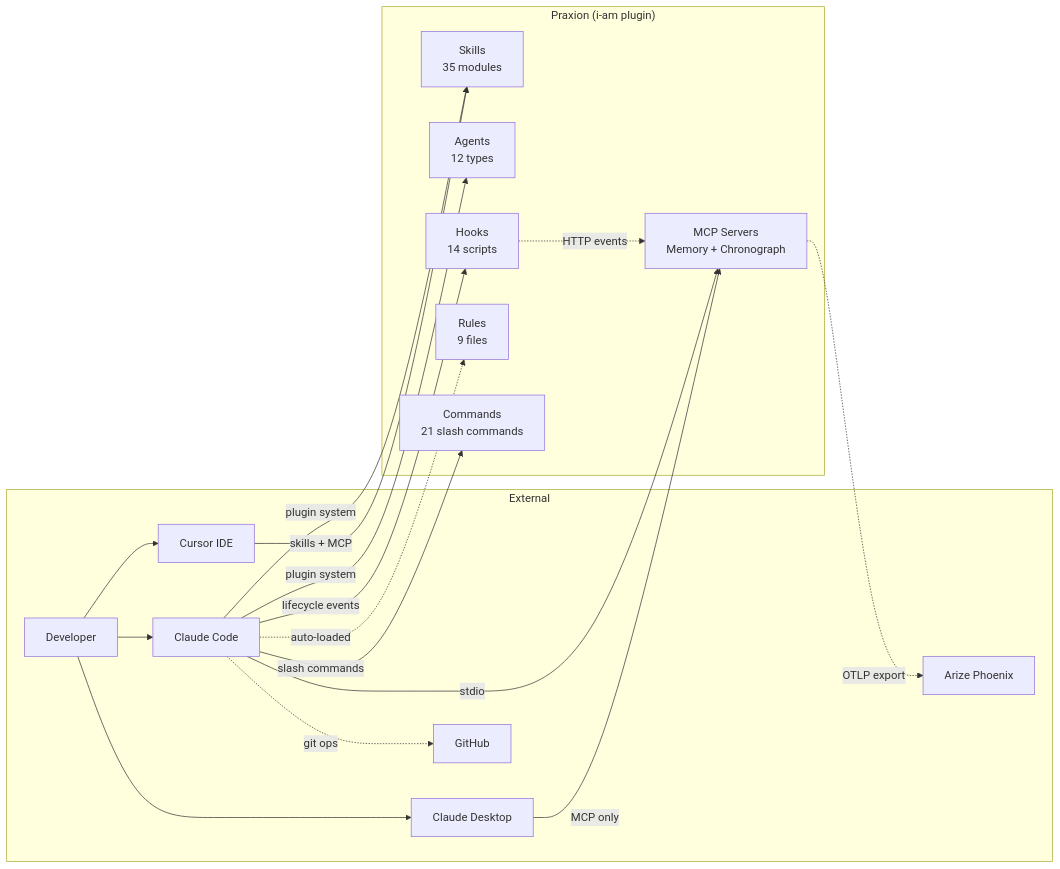
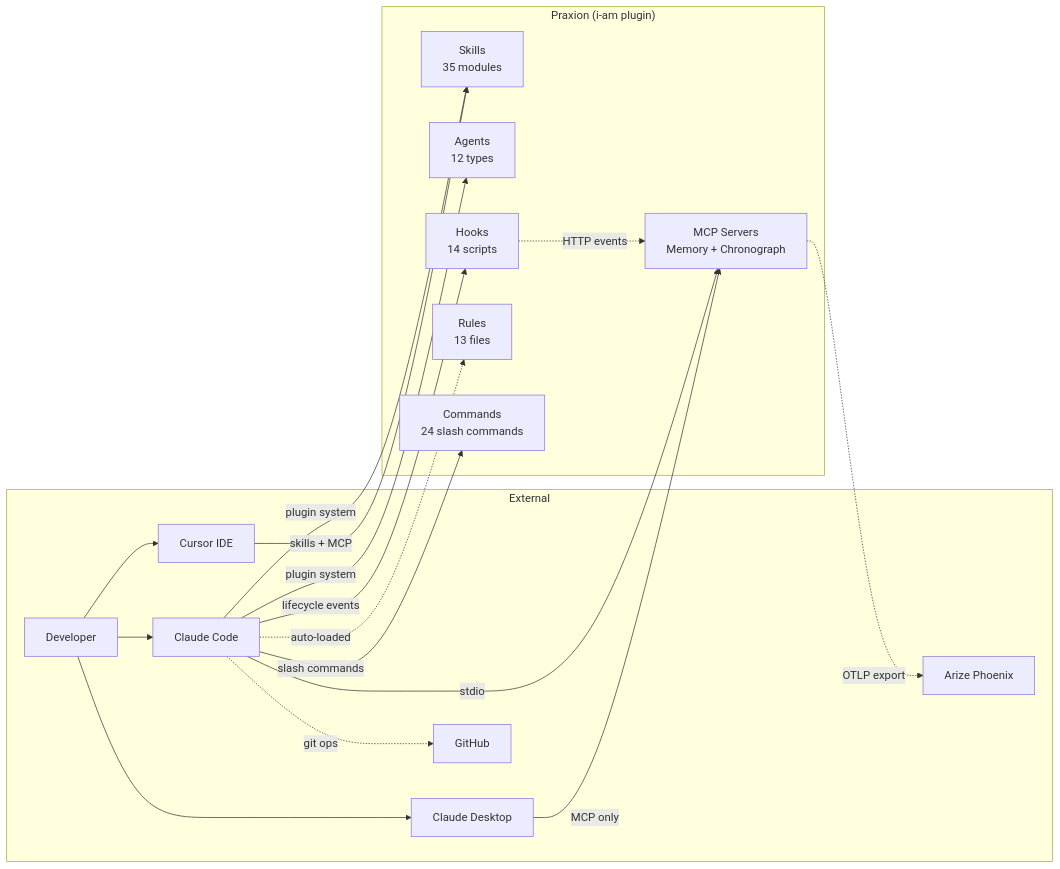
One commit to francisco-perez-sorrosal/ai-assistants-cfg changed the first of 4 diagrams in docs/architecture.md. Above: the diagram before and after it, drawn with Mermaid. The commit also changed other lines of this file and 32 other files, not shown here.

````diff
--- a/docs/architecture.md
+++ b/docs/architecture.md
@@ -31,33 +31,33 @@
 ```mermaid
 graph LR
     subgraph External
         Dev[Developer]
         CC[Claude Code]
         CD[Claude Desktop]
         Cursor[Cursor IDE]
         Phoenix[Arize Phoenix]
         GH[GitHub]
     end
     subgraph Praxion["Praxion (i-am plugin)"]
         Skills[Skills<br/>35 modules]
         Agents[Agents<br/>12 types]
         Hooks[Hooks<br/>14 scripts]
         MCP[MCP Servers<br/>Memory + Chronograph]
-        Rules[Rules<br/>9 files]
-        Cmds[Commands<br/>21 slash commands]
+        Rules[Rules<br/>13 files]
+        Cmds[Commands<br/>24 slash commands]
     end
     Dev --> CC
     Dev --> CD
     Dev --> Cursor
     CC -->|plugin system| Skills
     CC -->|plugin system| Agents
     CC -->|lifecycle events| Hooks
     CC -->|stdio| MCP
     CC -->|slash commands| Cmds
     CC -.->|auto-loaded| Rules
     CD -->|MCP only| MCP
     Cursor -->|skills + MCP| Skills
     MCP -.->|OTLP export| Phoenix
     Hooks -.->|HTTP events| MCP
     CC -.->|git ops| GH
 ```
````
